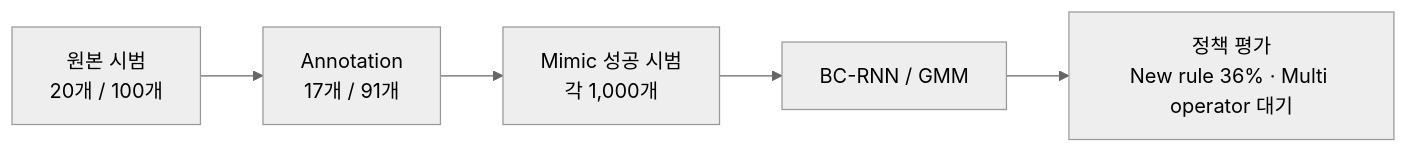
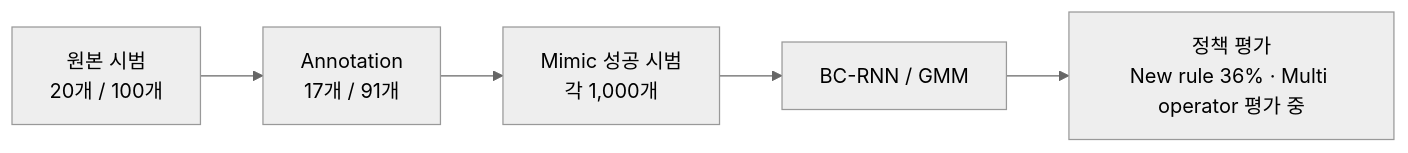
The diagram in README.md (Kim-KiSuk/Robotics-Simulation-Assignment2), drawn with Mermaid (neutral theme) before and after one commit. The commit also changed other lines of this file and 5 other files, not shown here.

````diff
--- a/README.md
+++ b/README.md
@@ -27,7 +27,7 @@
 ```mermaid
 flowchart LR
     A["원본 시범<br/>20개 / 100개"] --> B["Annotation<br/>17개 / 91개"]
     B --> C["Mimic 성공 시범<br/>각 1,000개"]
     C --> D["BC-RNN / GMM"]
-    D --> E["정책 평가<br/>New rule 36% · Multi operator 대기"]
+    D --> E["정책 평가<br/>New rule 36% · Multi operator 평가 중"]
 ```
````
